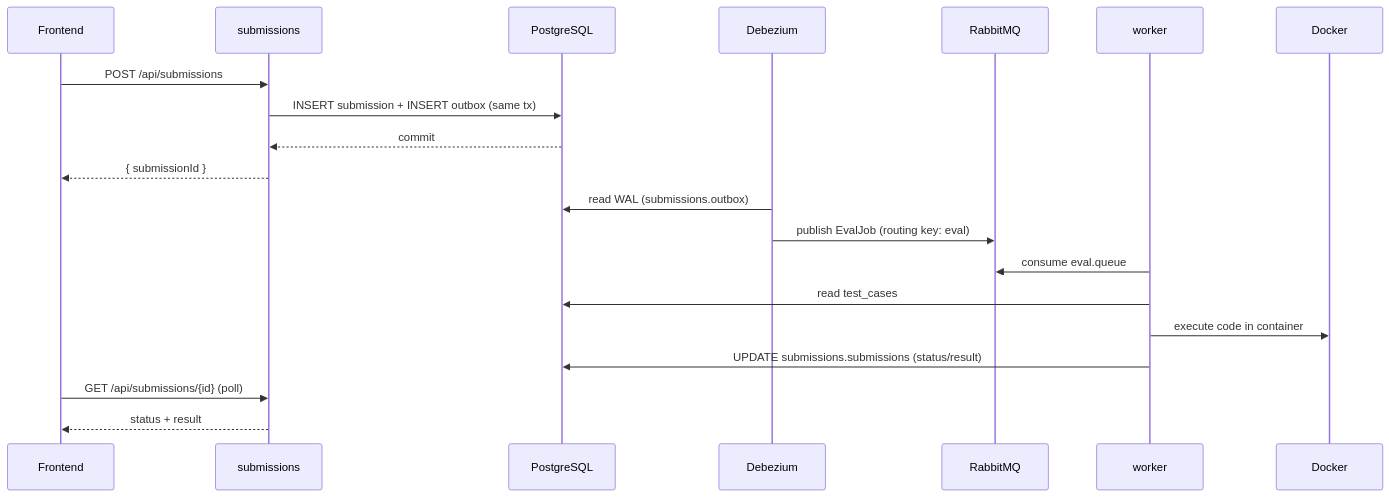
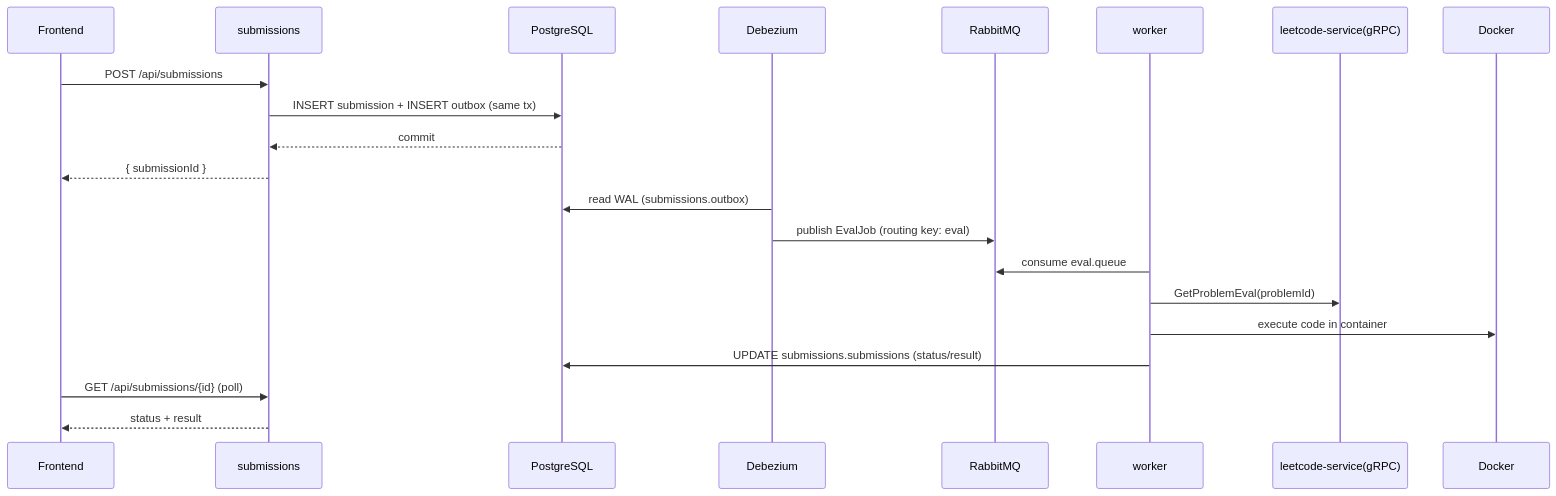
The second of 2 diagrams in docs/backend/architecture/containers.md (FuJacob/leetdoodle), drawn with Mermaid before and after one commit. The commit also changed other lines of this file and 47 other files, not shown here.

First line of the commit message:
feat: migrate worker to fetch eval data via gRPC from leetcode-service

````diff
--- a/docs/backend/architecture/containers.md
+++ b/docs/backend/architecture/containers.md
@@ -48,24 +49,25 @@
 ```mermaid
 sequenceDiagram
     participant FE as Frontend
     participant SUB as submissions
     participant PG as PostgreSQL
     participant DBZ as Debezium
     participant RMQ as RabbitMQ
     participant WRK as worker
+    participant LEE as leetcode-service(gRPC)
     participant DCK as Docker
 
     FE->>SUB: POST /api/submissions
     SUB->>PG: INSERT submission + INSERT outbox (same tx)
     PG-->>SUB: commit
     SUB-->>FE: { submissionId }
 
     DBZ->>PG: read WAL (submissions.outbox)
     DBZ->>RMQ: publish EvalJob (routing key: eval)
     WRK->>RMQ: consume eval.queue
-    WRK->>PG: read test_cases
+    WRK->>LEE: GetProblemEval(problemId)
     WRK->>DCK: execute code in container
     WRK->>PG: UPDATE submissions.submissions (status/result)
     FE->>SUB: GET /api/submissions/{id} (poll)
     SUB-->>FE: status + result
 ```
````
